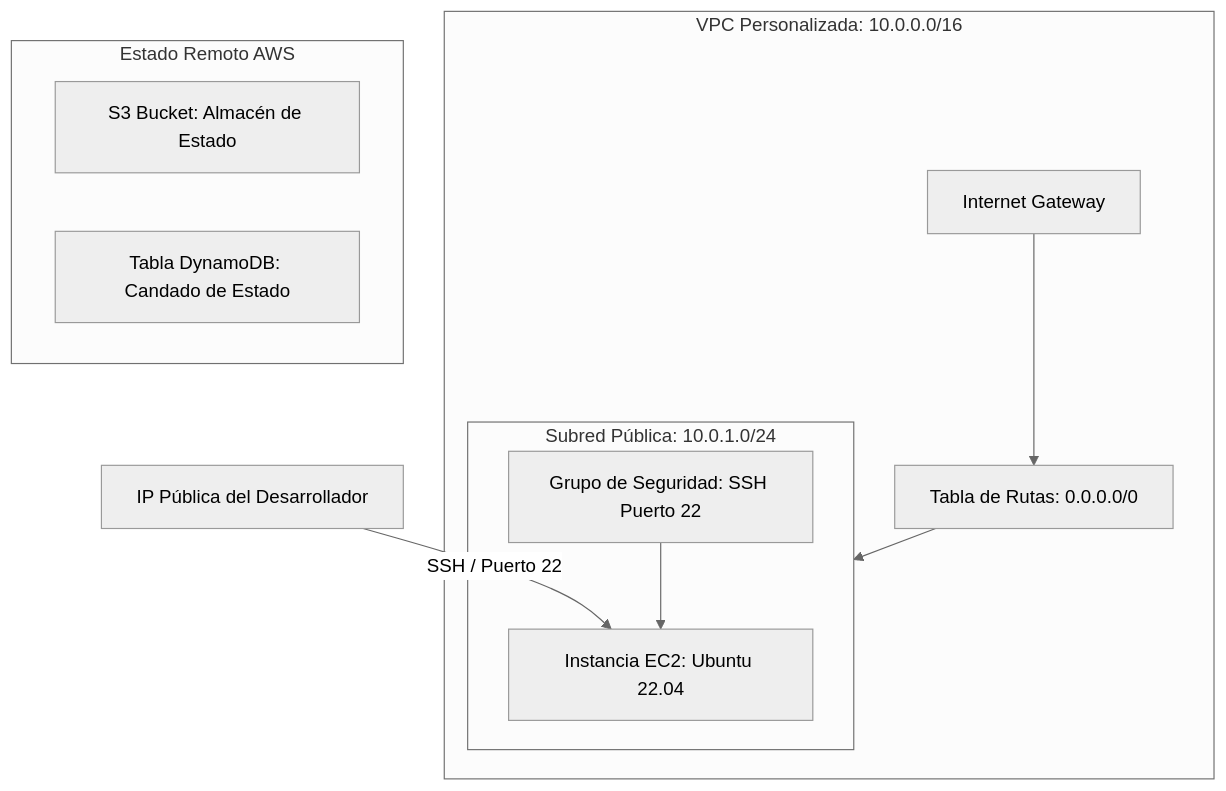
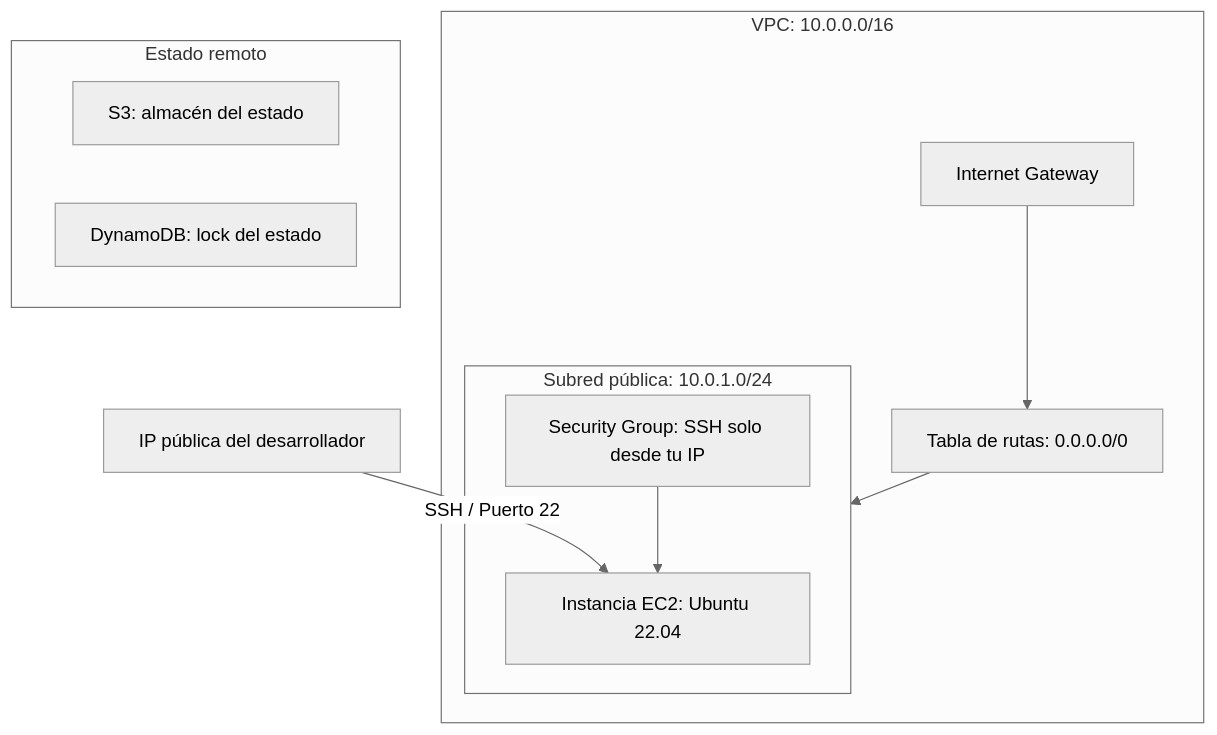
The diagram in README.md (valentinpd/terraform-aws), drawn with Mermaid (neutral theme) before and after one commit. The commit also changed other lines of this file and 17 other files, not shown here.

````diff
--- a/README.md
+++ b/README.md
@@ -7,17 +16,16 @@
 ```mermaid
 graph TD
-    User[IP Pública del Desarrollador] -->|SSH / Puerto 22| EC2[Instancia EC2: Ubuntu 22.04]
-    subgraph VPC [VPC Personalizada: 10.0.0.0/16]
-        subgraph Subnet [Subred Pública: 10.0.1.0/24]
+    User[IP pública del desarrollador] -->|SSH / Puerto 22| EC2[Instancia EC2: Ubuntu 22.04]
+    subgraph VPC [VPC: 10.0.0.0/16]
+        subgraph Subnet [Subred pública: 10.0.1.0/24]
             EC2
-            SG[Grupo de Seguridad: SSH Puerto 22] --> EC2
+            SG[Security Group: SSH solo desde tu IP] --> EC2
         end
-        IGW[Internet Gateway] --> RouteTable[Tabla de Rutas: 0.0.0.0/0]
+        IGW[Internet Gateway] --> RouteTable[Tabla de rutas: 0.0.0.0/0]
         RouteTable --> Subnet
     end
-    
-    subgraph RemoteBackend [Estado Remoto AWS]
-        S3[S3 Bucket: Almacén de Estado]
-        DynamoDB[Tabla DynamoDB: Candado de Estado]
+    subgraph RemoteBackend [Estado remoto]
+        S3[S3: almacén del estado]
+        DynamoDB[DynamoDB: lock del estado]
     end
 ```
````
